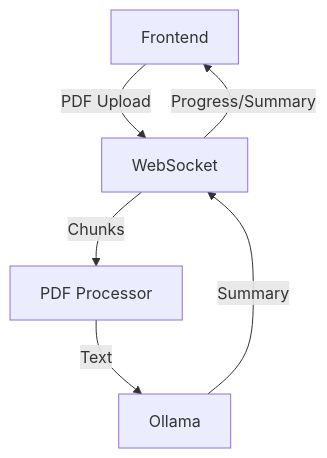
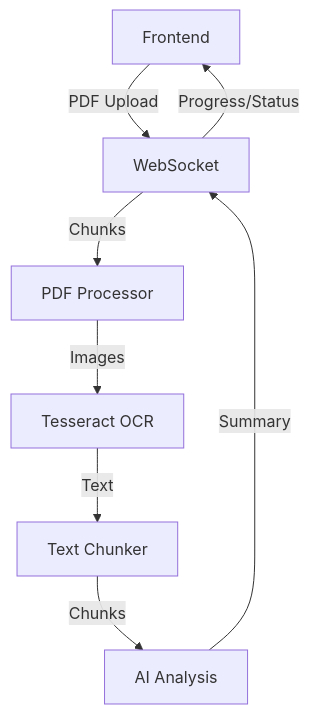
Before and after one commit to poiley/recognizer: the diagram in docs/architecture.md, drawn with Mermaid. The commit also changed other lines of this file and 3 other files, not shown here.

````diff
--- a/docs/architecture.md
+++ b/docs/architecture.md
@@ -18,8 +20,10 @@
 ```mermaid
 graph TD
     A[Frontend] -->|PDF Upload| B[WebSocket]
     B -->|Chunks| C[PDF Processor]
-    C -->|Text| D[Ollama]
-    D -->|Summary| B
-    B -->|Progress/Summary| A
+    C -->|Images| D[Tesseract OCR]
+    D -->|Text| E[Text Chunker]
+    E -->|Chunks| F[AI Analysis]
+    F -->|Summary| B
+    B -->|Progress/Status| A
 ```
````
